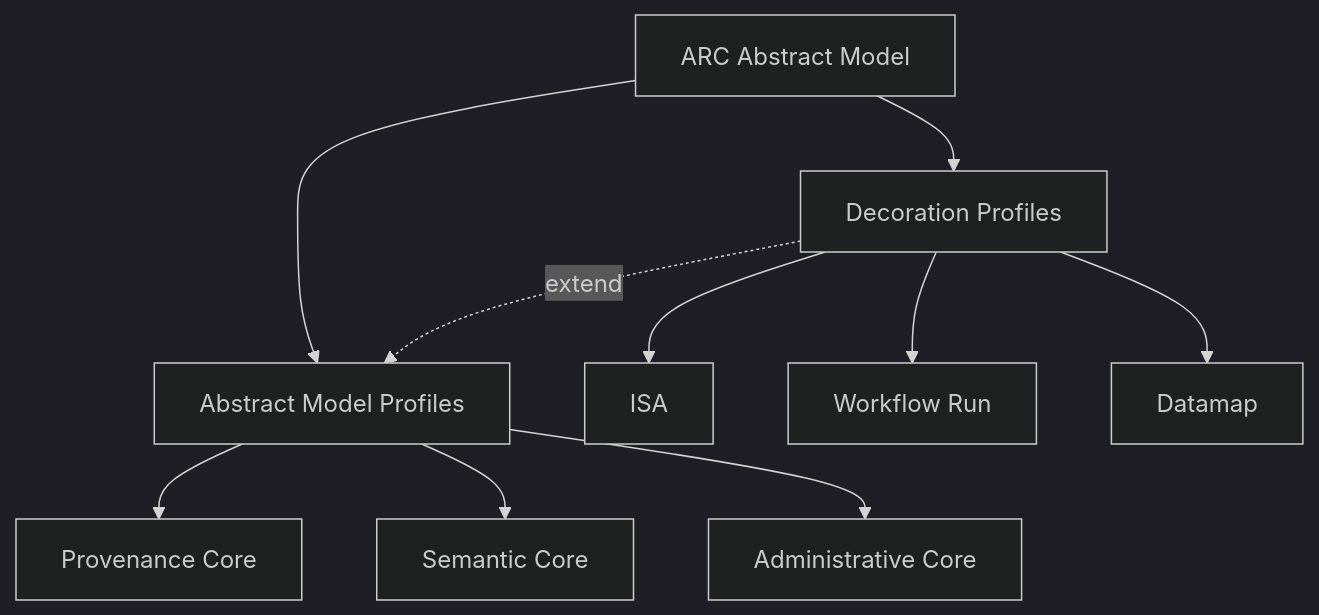
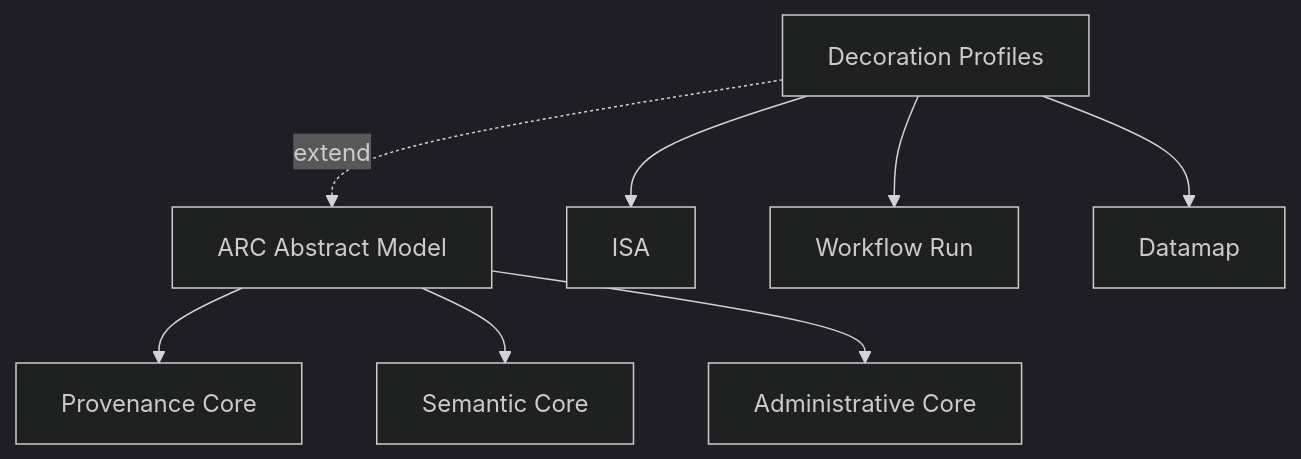
Before and after one commit to nfdi4plants/ARC-Abstract-Model: the diagram in docs/index.md, drawn with Mermaid (dark theme). The commit also changed other lines of this file and 12 other files, not shown here.

````diff
--- a/docs/index.md
+++ b/docs/index.md
@@ -31,19 +31,15 @@
 ```mermaid
 flowchart TB
     arc[ARC Abstract Model]
-    profiles[Abstract Model Profiles]
     decorations[Decoration Profiles]
 
-    arc --> profiles
-    arc --> decorations
-
-    profiles --> provenance[Provenance Core]
-    profiles --> semantics[Semantic Core]
-    profiles --> administrative[Administrative Core]
+    arc --> provenance[Provenance Core]
+    arc --> semantics[Semantic Core]
+    arc --> administrative[Administrative Core]
 
     decorations --> isa[ISA]
     decorations --> workflow[Workflow Run]
     decorations --> datamap[Datamap]
 
-    decorations -. extend .-> profiles
+    decorations -. extend .-> arc
 ```
````
